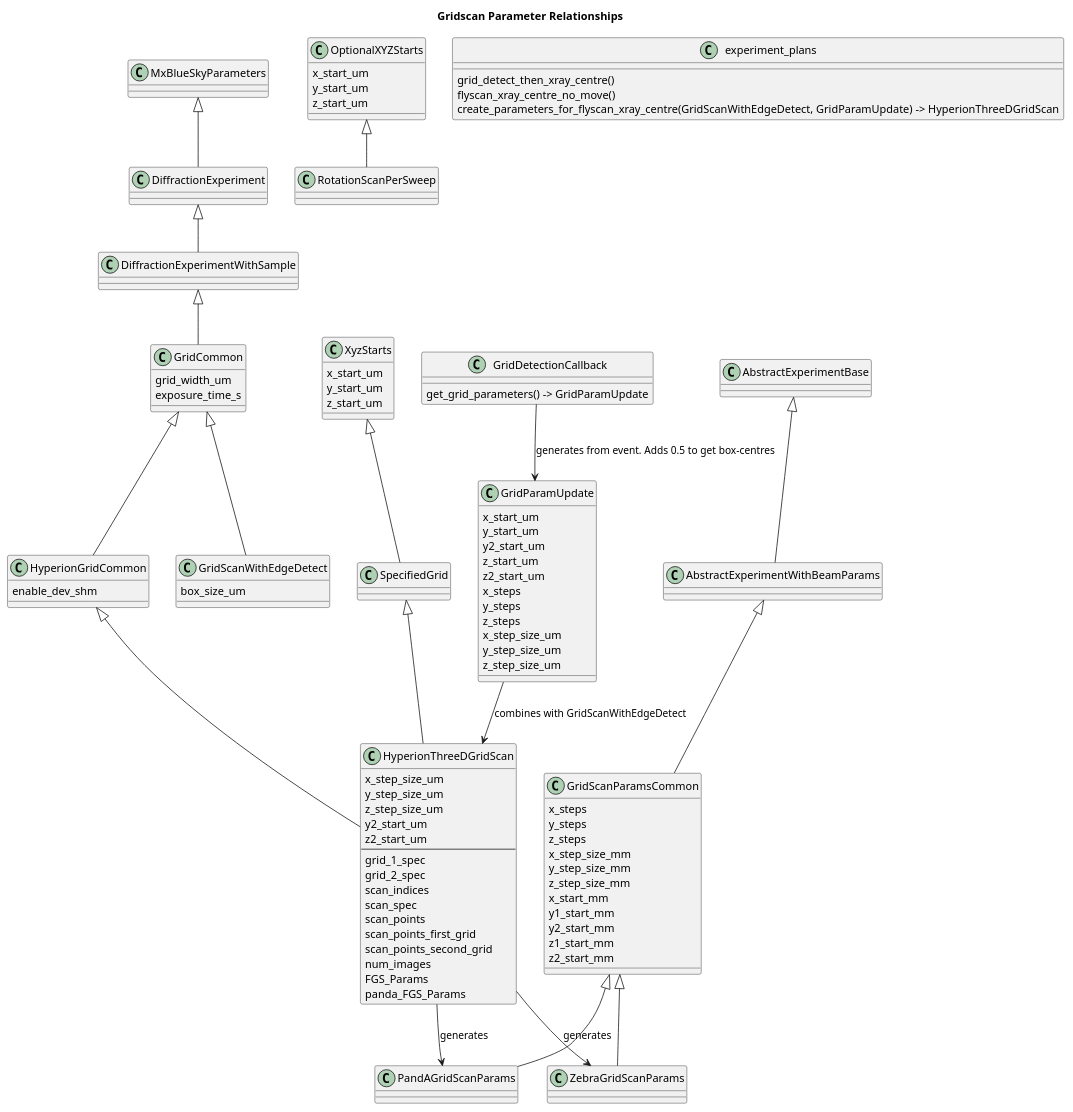
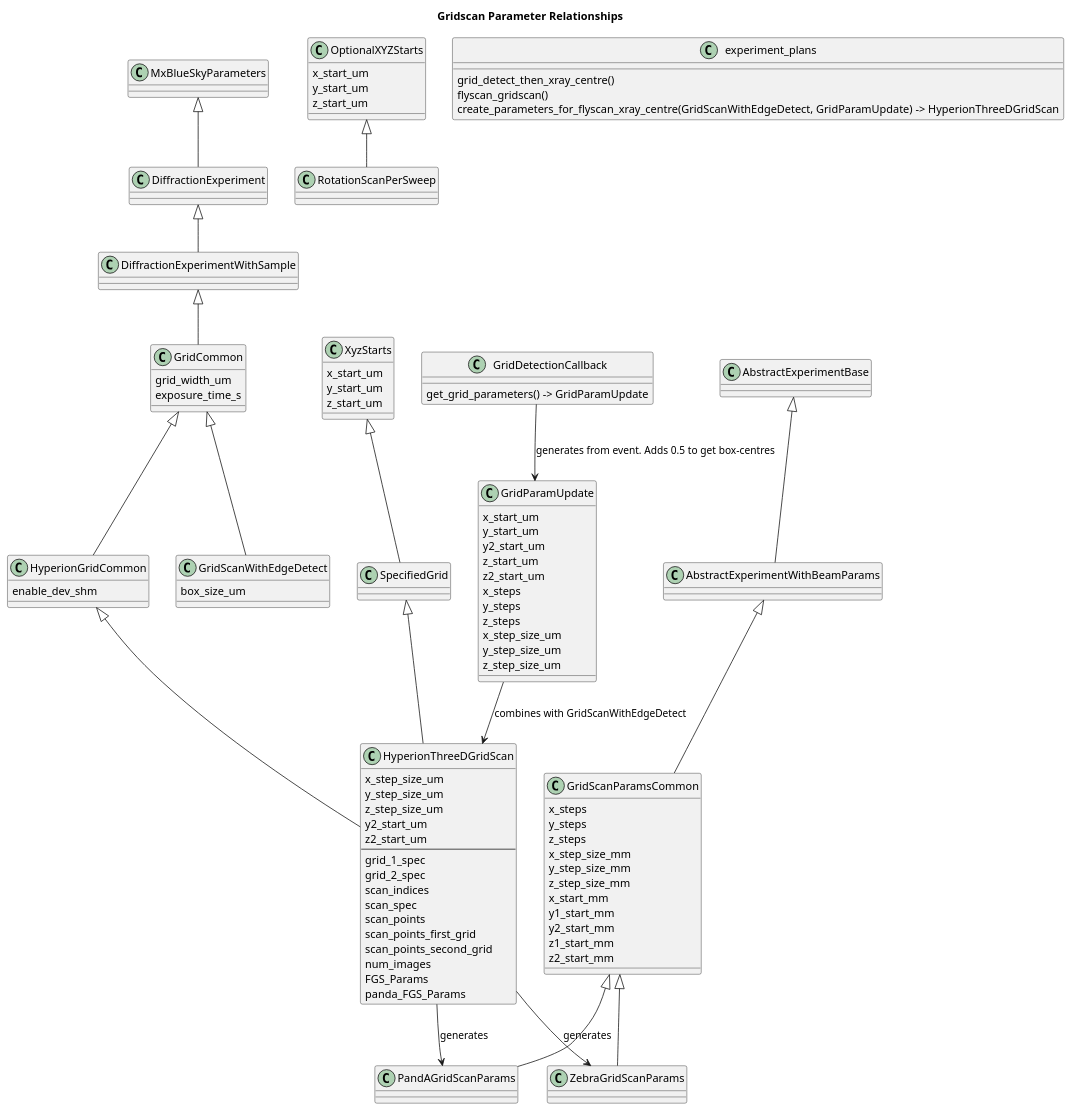
One commit to DiamondLightSource/mx-bluesky changed the diagram in docs/developer/hyperion/reference/gridscan.puml. Above: the diagram before and after it, drawn with PlantUML. The commit also changed 5 other files, not shown here.

```diff
--- a/docs/developer/hyperion/reference/gridscan.puml
+++ b/docs/developer/hyperion/reference/gridscan.puml
@@ -1,109 +1,109 @@
 @startuml
 title Gridscan Parameter Relationships
 
 class DiffractionExperiment
 class DiffractionExperimentWithSample
 class GridCommon {
     grid_width_um
     exposure_time_s
 }
 class GridScanWithEdgeDetect {
     box_size_um
 }
 class HyperionGridCommon {
     enable_dev_shm
 }
 class HyperionThreeDGridScan {
     x_step_size_um
     y_step_size_um
     z_step_size_um
     y2_start_um
     z2_start_um
     --
     grid_1_spec
     grid_2_spec
     scan_indices
     scan_spec
     scan_points
     scan_points_first_grid
     scan_points_second_grid
     num_images
     FGS_Params
     panda_FGS_Params
 }
 class MxBlueSkyParameters
 class SpecifiedGrid
 class XyzStarts {
     x_start_um
     y_start_um
     z_start_um
 }
 class OptionalXYZStarts {
     x_start_um
     y_start_um
     z_start_um
 }
 class RotationScanPerSweep
 
 MxBlueSkyParameters <|-- DiffractionExperiment
 DiffractionExperiment <|-- DiffractionExperimentWithSample
 DiffractionExperimentWithSample <|-- GridCommon
 GridCommon <|-- GridScanWithEdgeDetect
 GridCommon <|-- HyperionGridCommon
 HyperionGridCommon <|-- HyperionThreeDGridScan
 SpecifiedGrid <|-- HyperionThreeDGridScan
 XyzStarts <|-- SpecifiedGrid
 OptionalXYZStarts <|-- RotationScanPerSweep
 class GridParamUpdate {
     x_start_um
     y_start_um
     y2_start_um
     z_start_um
     z2_start_um
     x_steps
     y_steps
     z_steps
     x_step_size_um
     y_step_size_um
     z_step_size_um
 }
 
 class GridDetectionCallback {
     get_grid_parameters() -> GridParamUpdate
 }
     
 GridDetectionCallback --> GridParamUpdate : generates from event. Adds 0.5 to get box-centres
 GridParamUpdate --> HyperionThreeDGridScan : combines with GridScanWithEdgeDetect
 
 class experiment_plans {
     grid_detect_then_xray_centre()
-    flyscan_xray_centre_no_move()
+    flyscan_gridscan()
     create_parameters_for_flyscan_xray_centre(GridScanWithEdgeDetect, GridParamUpdate) -> HyperionThreeDGridScan
 }
 
 class AbstractExperimentBase
 class AbstractExperimentWithBeamParams
 class GridScanParamsCommon {
     x_steps
     y_steps
     z_steps
     x_step_size_mm
     y_step_size_mm
     z_step_size_mm
     x_start_mm
     y1_start_mm
     y2_start_mm
     z1_start_mm
     z2_start_mm
 }
 class PandAGridScanParams
 class ZebraGridScanParams
 
 AbstractExperimentBase <|-- AbstractExperimentWithBeamParams
 AbstractExperimentWithBeamParams <|-- GridScanParamsCommon
 GridScanParamsCommon <|-- PandAGridScanParams
 GridScanParamsCommon <|-- ZebraGridScanParams
 
 HyperionThreeDGridScan --> ZebraGridScanParams : generates
 HyperionThreeDGridScan --> PandAGridScanParams : generates
 @enduml
```
